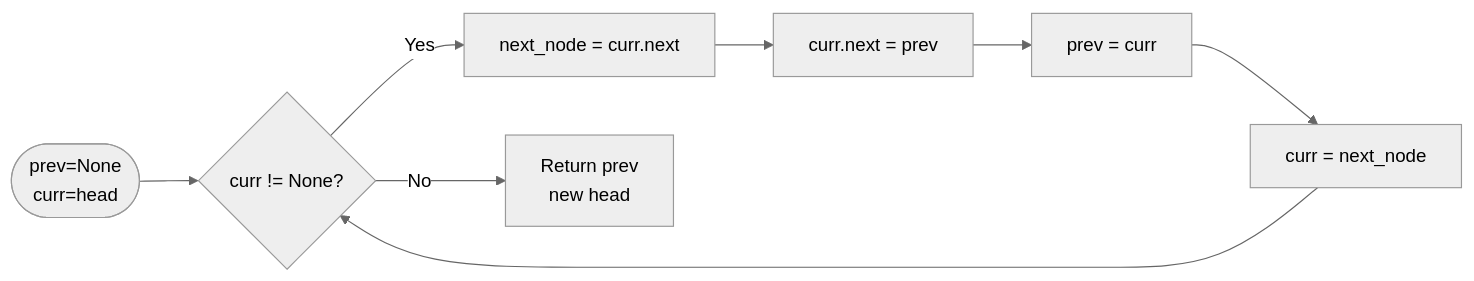
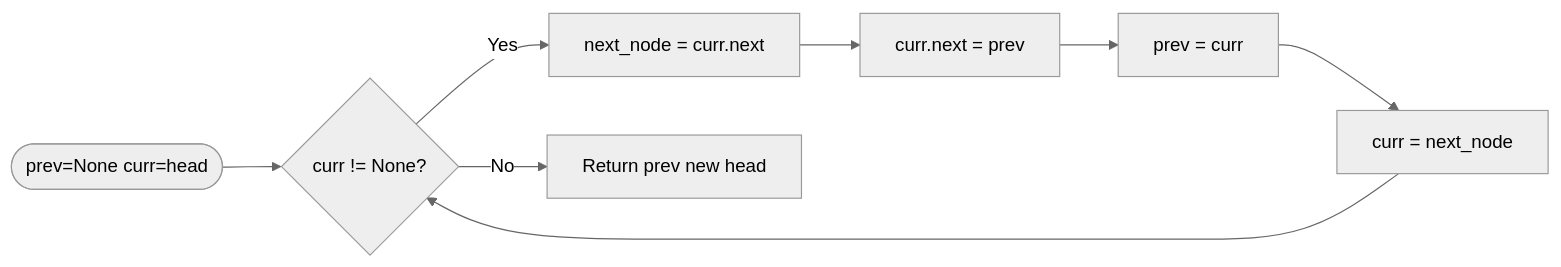
Before and after one commit to deepanshu-rawat6/AlgoAtlas: the third of 6 diagrams in linked_list/README.md, drawn with Mermaid (neutral theme). The commit also changed other lines of this file and 13 other files, not shown here.

````diff
--- a/linked_list/README.md
+++ b/linked_list/README.md
@@ -68,10 +68,10 @@
 ```mermaid
 flowchart LR
-    A([prev=None<br>curr=head]) --> B{"curr != None?"}
+    A([prev=None curr=head]) --> B{"curr != None?"}
     B -->|Yes| C[next_node = curr.next]
     C --> D[curr.next = prev]
     D --> E[prev = curr]
     E --> F[curr = next_node]
     F --> B
-    B -->|No| G[Return prev<br>new head]
+    B -->|No| G[Return prev new head]
 ```
````
